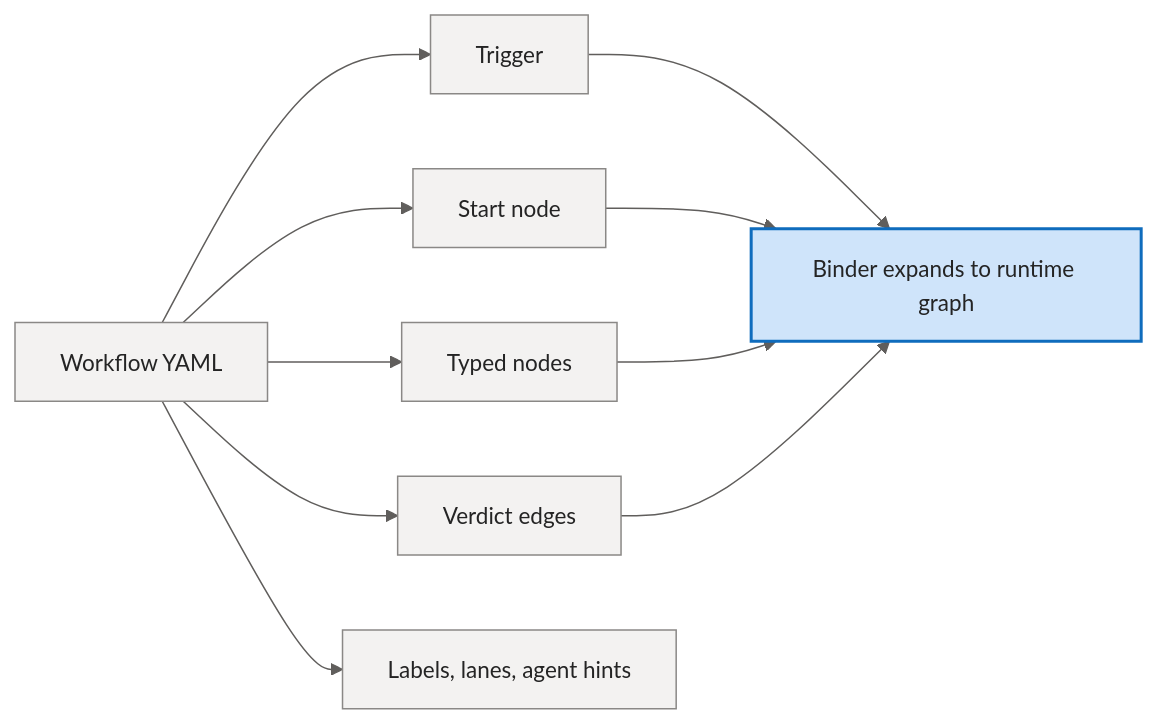
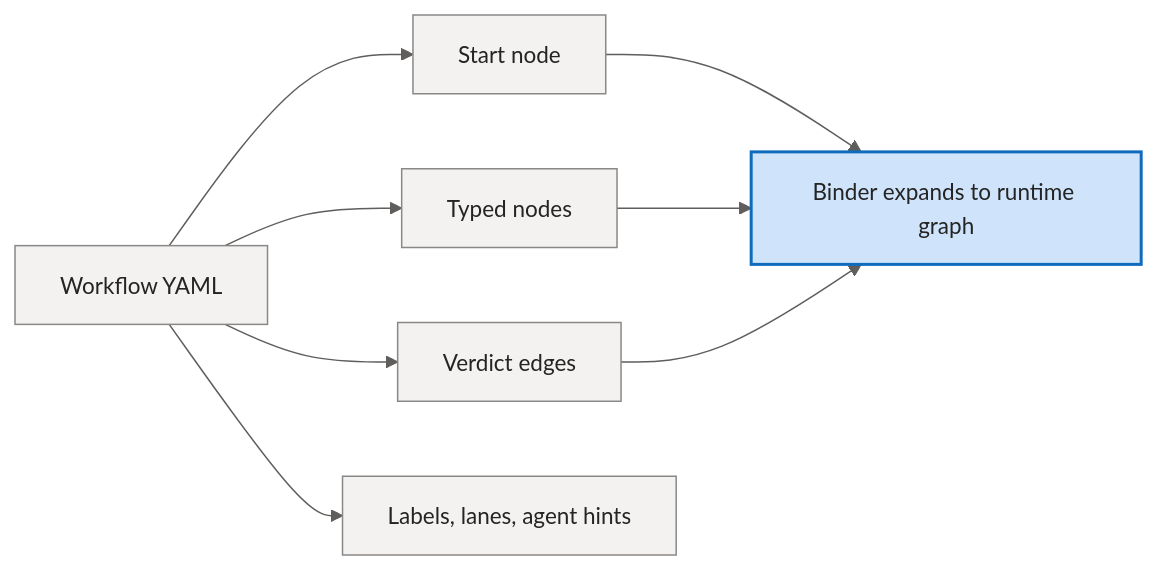
The second of 11 diagrams in docs/deep-dive/workflow-engine.md (sabbour/agentweaver), drawn with Mermaid before and after one commit. The commit also changed other lines of this file and 3 other files, not shown here.

````diff
--- a/docs/deep-dive/workflow-engine.md
+++ b/docs/deep-dive/workflow-engine.md
@@ -102,32 +101,29 @@
 ```mermaid
 %%{init: {'theme':'base','themeVariables':{'fontFamily':'Segoe UI, system-ui, -apple-system, sans-serif','fontSize':'15px','primaryColor':'#E8EEF9','primaryBorderColor':'#0F6CBD','primaryTextColor':'#242424','lineColor':'#605E5C','clusterBkg':'#FAF9F8','clusterBorder':'#D2D0CE','edgeLabelBackground':'#FFFFFF'}}}%%
 flowchart LR
     Template[Workflow YAML]
-    Trigger[Trigger]
     Start[Start node]
     Nodes[Typed nodes]
     Edges[Verdict edges]
     Metadata[Labels, lanes, agent hints]
     Binder[Binder expands to runtime graph]
 
-    Template --> Trigger
     Template --> Start
     Template --> Nodes
     Template --> Edges
     Template --> Metadata
-    Trigger --> Binder
     Start --> Binder
     Nodes --> Binder
     Edges --> Binder
 
     classDef client fill:#E8EEF9,stroke:#0F6CBD,stroke-width:1px,color:#242424;
     classDef svc fill:#F3F2F1,stroke:#8A8886,stroke-width:1px,color:#242424;
     classDef core fill:#CFE4FA,stroke:#0F6CBD,stroke-width:2px,color:#242424;
     classDef data fill:#FFF4CE,stroke:#C19C00,stroke-width:1px,color:#242424;
     classDef ext fill:#F0E8F8,stroke:#8764B8,stroke-width:1px,color:#242424;
     classDef runtime fill:#DDF3DD,stroke:#107C10,stroke-width:1px,color:#242424;
     classDef evt fill:#D6F0F0,stroke:#038387,stroke-width:1px,color:#242424;
 
-    class Template,Trigger,Start,Nodes,Edges,Metadata svc;
+    class Template,Start,Nodes,Edges,Metadata svc;
     class Binder core;
 ```
````
